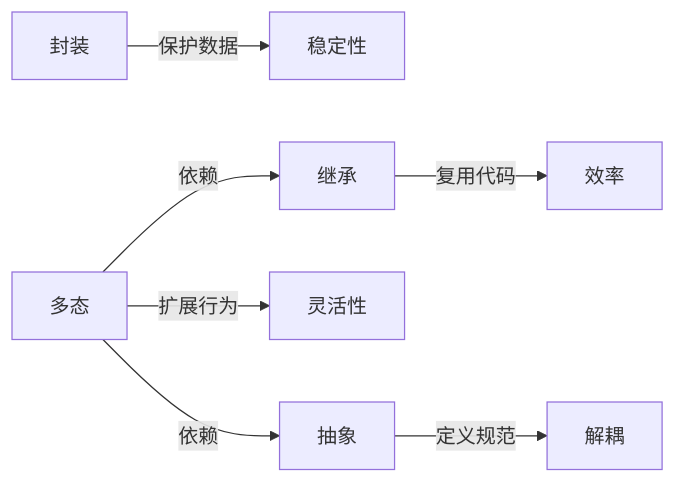
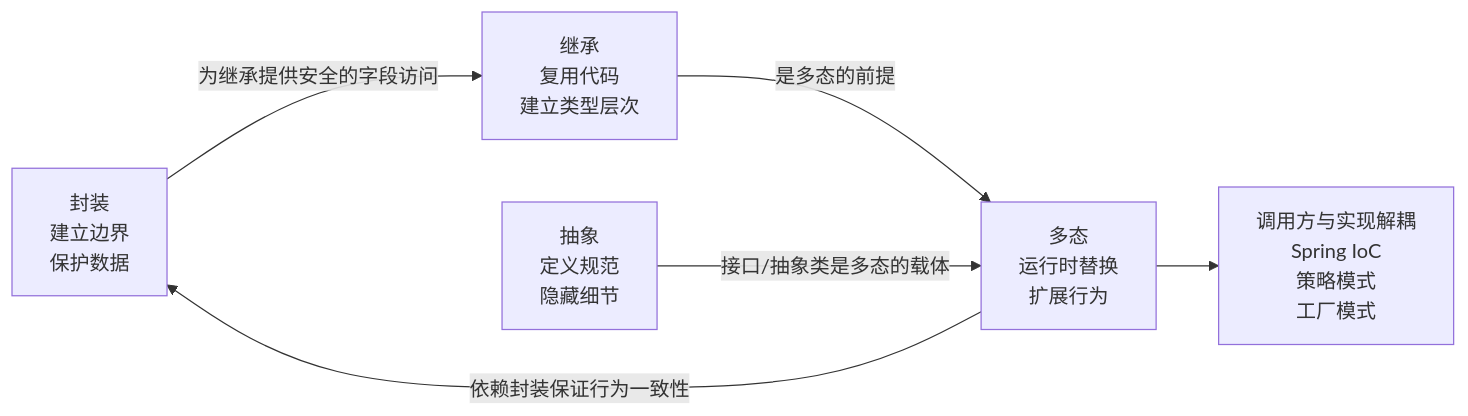
One commit to b1tzer/b1tzer.github.io changed the sixth of 6 diagrams in docs/01-java-basic/01-面向对象.md. Above: the diagram before and after it, drawn with Mermaid. The commit also changed other lines of this file and 2 other files, not shown here.

````diff
--- a/docs/01-java-basic/01-面向对象.md
+++ b/docs/01-java-basic/01-面向对象.md
@@ -277,10 +549,20 @@
 ```mermaid
 flowchart LR
-    封装 -->|保护数据| 稳定性
-    继承 -->|复用代码| 效率
-    多态 -->|扩展行为| 灵活性
-    抽象 -->|定义规范| 解耦
+    封装["封装
+        建立边界
+        保护数据"] -->|"为继承提供安全的字段访问"| 继承
+    继承["继承
+        复用代码
+        建立类型层次"] -->|"是多态的前提"| 多态
+    抽象["抽象
+        定义规范
+        隐藏细节"] -->|"接口/抽象类是多态的载体"| 多态
+    多态["多态
+        运行时替换
+        扩展行为"] -->|"依赖封装保证行为一致性"| 封装
 
-    多态 -->|依赖| 继承
-    多态 -->|依赖| 抽象
+    多态 --> 解耦["调用方与实现解耦
+        Spring IoC
+        策略模式
+        工厂模式"]
 ```
````
